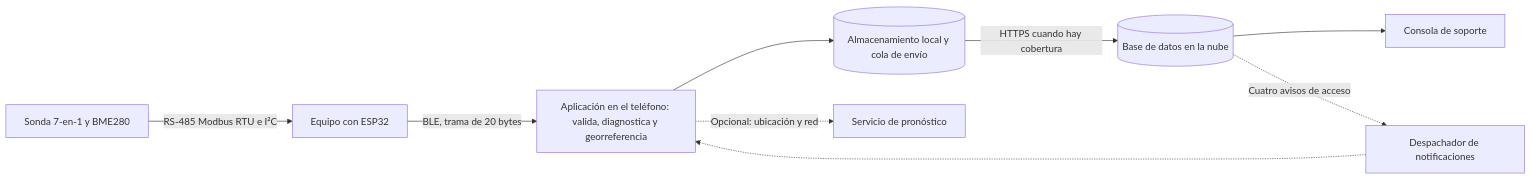
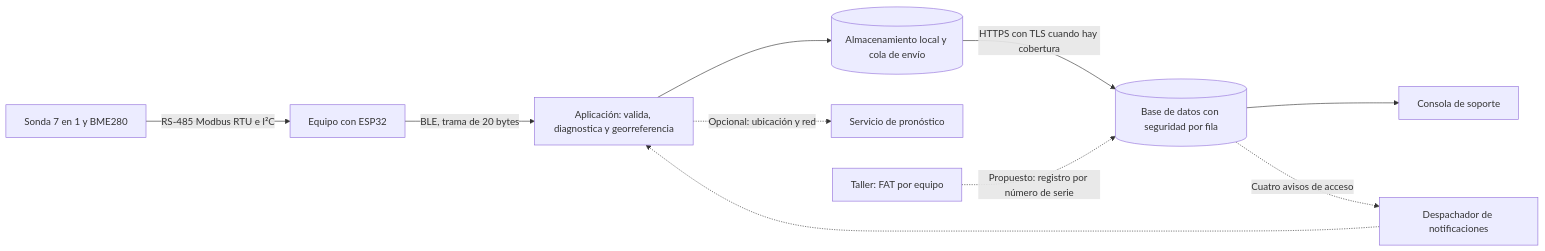
The fifth of 8 diagrams in Evaluacion/Evaluacion 2/INFORME CORREGIDO.md (Alvarinhoooo7/TerraSence), drawn with Mermaid before and after one commit. The commit also changed other lines of this file and 26 other files, not shown here.

````diff
--- a/Evaluacion/Evaluacion 2/INFORME CORREGIDO.md
+++ b/Evaluacion/Evaluacion 2/INFORME CORREGIDO.md
@@ -1753,11 +979,12 @@
 ```mermaid
 flowchart LR
-    S["Sonda 7-en-1 y BME280"] -->|"RS-485 Modbus RTU e I²C"| E["Equipo con ESP32"]
-    E -->|"BLE, trama de 20 bytes"| P["Aplicación en el teléfono: valida, diagnostica y georreferencia"]
+    S["Sonda 7 en 1 y BME280"] -->|"RS-485 Modbus RTU e I²C"| E["Equipo con ESP32"]
+    E -->|"BLE, trama de 20 bytes"| P["Aplicación: valida, diagnostica y georreferencia"]
     P --> L[("Almacenamiento local y cola de envío")]
-    L -->|"HTTPS cuando hay cobertura"| N[("Base de datos en la nube")]
+    L -->|"HTTPS con TLS cuando hay cobertura"| N[("Base de datos con seguridad por fila")]
     N --> B["Consola de soporte"]
     P -.->|"Opcional: ubicación y red"| W["Servicio de pronóstico"]
     N -.->|"Cuatro avisos de acceso"| D["Despachador de notificaciones"]
     D -.-> P
+    F["Taller: FAT por equipo"] -.->|"Propuesto: registro por número de serie"| N
 ```
````
